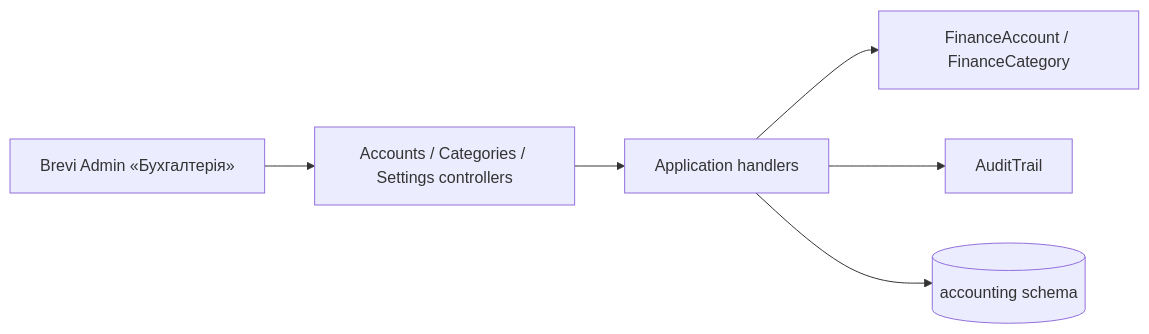
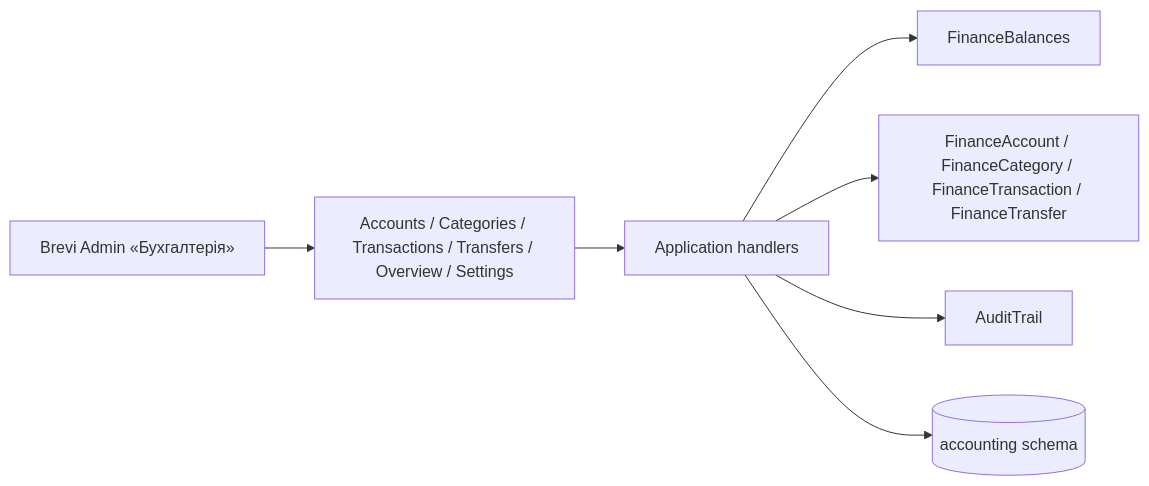
Before and after one commit to Weretik/BreviERP: the diagram in docs/sdd/features/accounting/finance.md, drawn with Mermaid. The commit also changed other lines of this file and 72 other files, not shown here.

First line of the commit message:
feat(accounting): operations, transfers, balances and overview (ACC-001 stage 2)

````diff
--- a/docs/sdd/features/accounting/finance.md
+++ b/docs/sdd/features/accounting/finance.md
@@ -36,8 +48,9 @@
 ```mermaid
 flowchart LR
-  Admin[Brevi Admin «Бухгалтерія»] --> Controllers[Accounts / Categories / Settings controllers]
+  Admin[Brevi Admin «Бухгалтерія»] --> Controllers[Accounts / Categories / Transactions / Transfers / Overview / Settings]
   Controllers --> Handlers[Application handlers]
-  Handlers --> Domain[FinanceAccount / FinanceCategory]
+  Handlers --> Balances[FinanceBalances]
+  Handlers --> Domain[FinanceAccount / FinanceCategory / FinanceTransaction / FinanceTransfer]
   Handlers --> Audit[AuditTrail]
   Handlers --> Db[(accounting schema)]
 ```
````
